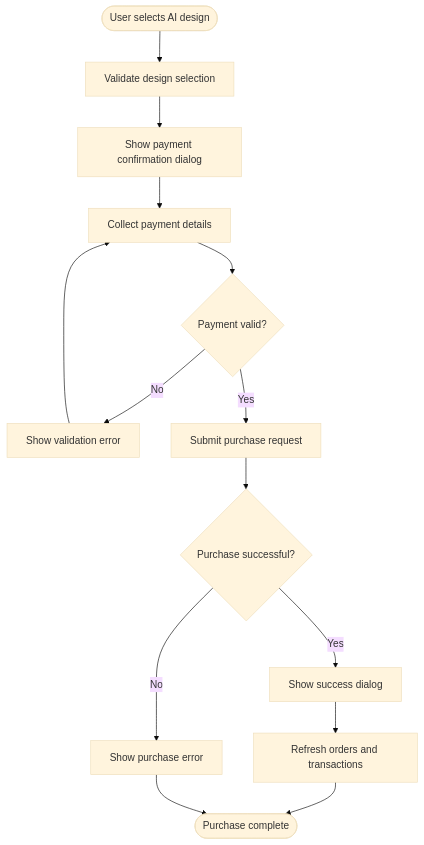
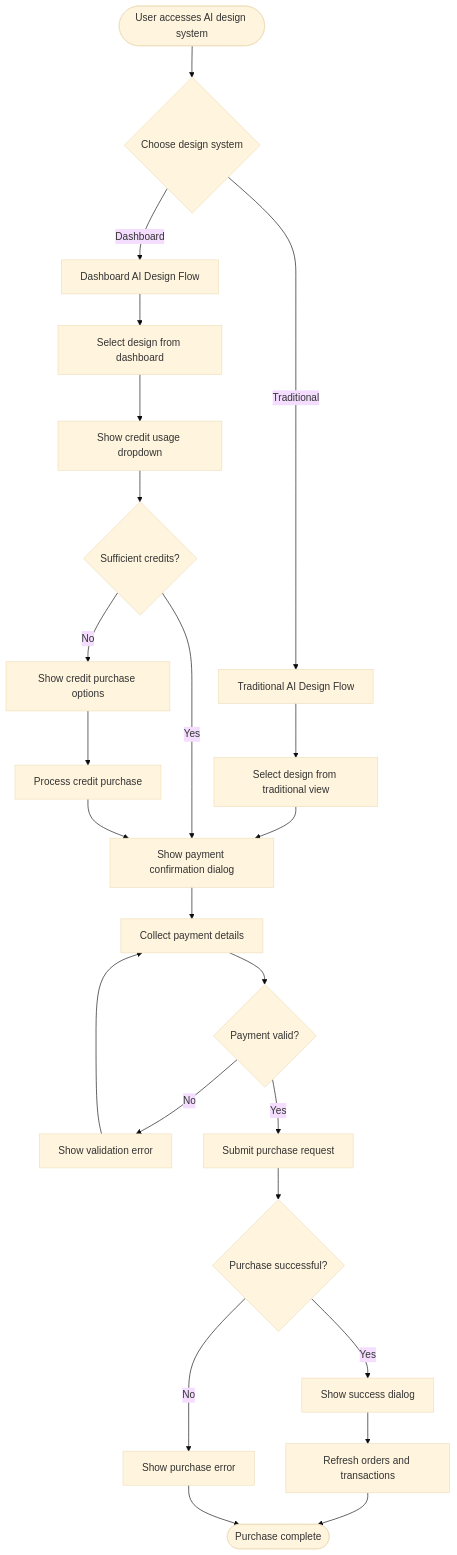
Before and after one commit to Ariful3111/FurniGo: the third of 9 diagrams in .qoder/repowiki/en/content/Core Features/AI Design Services/Purchase and Download Workflow.md, drawn with Mermaid (base theme). The commit also changed other lines of this file and 67 other files, not shown here.

````diff
--- a/.qoder/repowiki/en/content/Core Features/AI Design Services/Purchase and Download Workflow.md
+++ b/.qoder/repowiki/en/content/Core Features/AI Design Services/Purchase and Download Workflow.md
@@ -174,16 +223,26 @@
 ```mermaid
 flowchart TD
-Start([User selects AI design]) --> ValidateSelection["Validate design selection"]
-ValidateSelection --> ShowPaymentDialog["Show payment confirmation dialog"]
+Start([User accesses AI design system]) --> ChooseSystem{"Choose design system"}
+ChooseSystem --> |Dashboard| DashboardFlow["Dashboard AI Design Flow"]
+ChooseSystem --> |Traditional| TraditionalFlow["Traditional AI Design Flow"]
+DashboardFlow --> DashboardSelect["Select design from dashboard"]
+TraditionalFlow --> TraditionalSelect["Select design from traditional view"]
+DashboardSelect --> ShowCreditDropdown["Show credit usage dropdown"]
+TraditionalSelect --> ShowPaymentDialog["Show payment confirmation dialog"]
+ShowCreditDropdown --> ValidateCredit{"Sufficient credits?"}
+ValidateCredit --> |No| ShowCreditOptions["Show credit purchase options"]
+ValidateCredit --> |Yes| ShowPaymentDialog
+ShowCreditOptions --> CreditPurchase["Process credit purchase"]
+CreditPurchase --> ShowPaymentDialog
 ShowPaymentDialog --> CollectPayment["Collect payment details"]
 CollectPayment --> ValidatePayment{"Payment valid?"}
 ValidatePayment --> |No| ShowError["Show validation error"]
 ShowError --> CollectPayment
 ValidatePayment --> |Yes| SubmitPurchase["Submit purchase request"]
 SubmitPurchase --> HandleResponse{"Purchase successful?"}
 HandleResponse --> |No| ShowPurchaseError["Show purchase error"]
 HandleResponse --> |Yes| ShowSuccess["Show success dialog"]
 ShowSuccess --> RefreshData["Refresh orders and transactions"]
 RefreshData --> End([Purchase complete])
 ShowPurchaseError --> End
 ```
````
